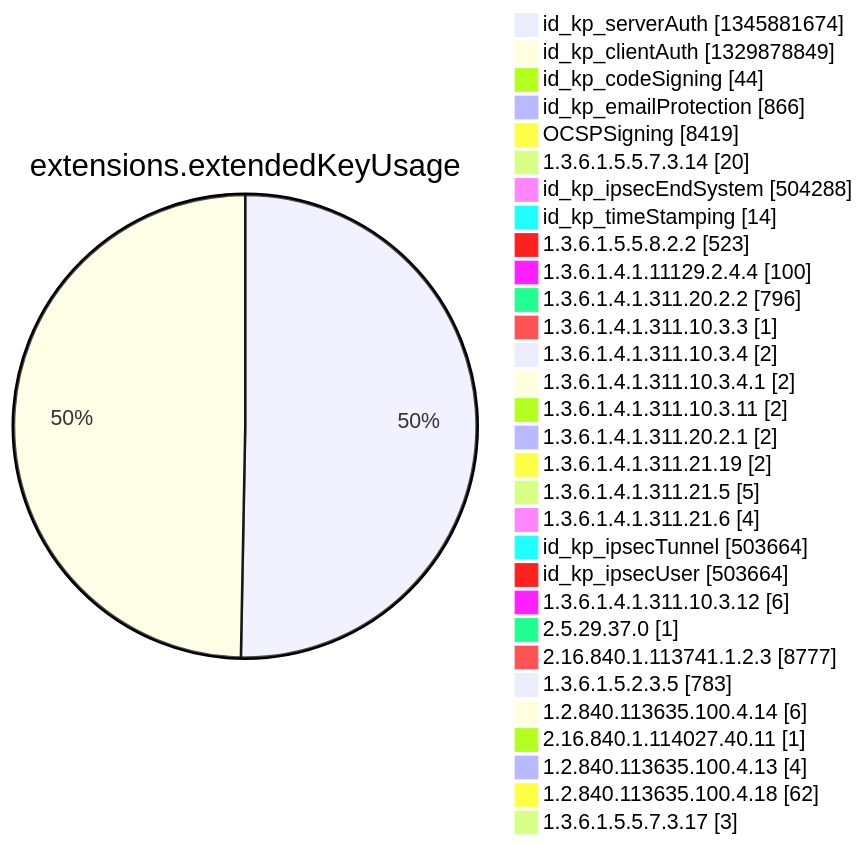
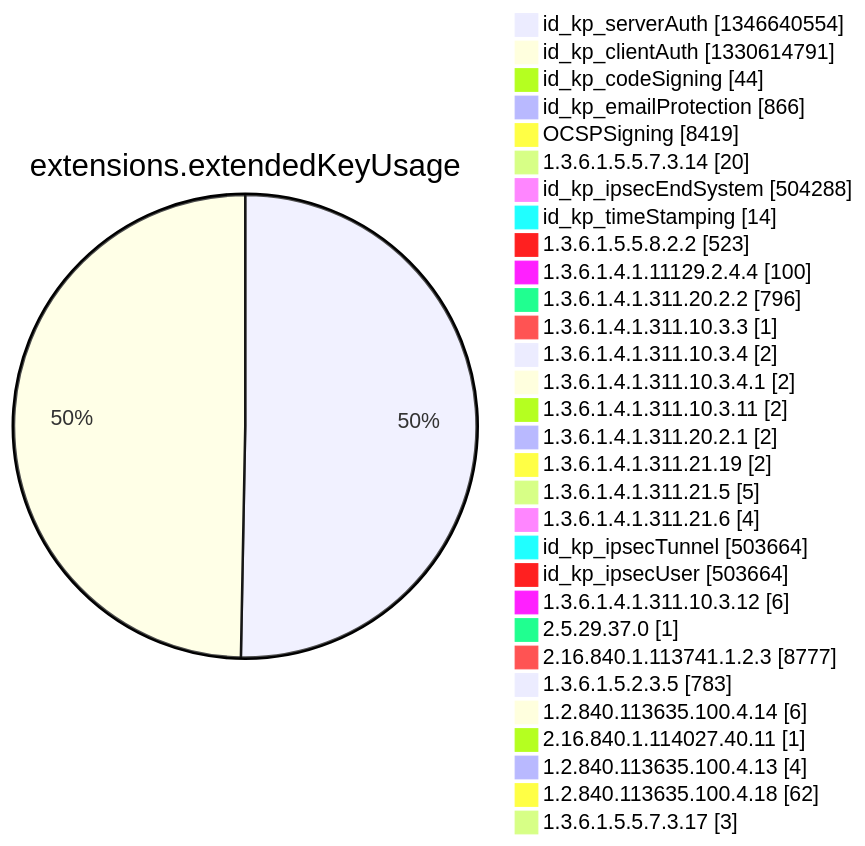
Diagram 12 of 15 in argon2022/README.md (christiankrug/ctmonitor_visualization), drawn with Mermaid before and after one commit. The commit also changed other lines of this file, not shown here.

````diff
--- a/argon2022/README.md
+++ b/argon2022/README.md
@@ -3553,34 +3553,34 @@
 ```mermaid
 pie showData
 title extensions.extendedKeyUsage
-"id_kp_serverAuth" :1345881674
-"id_kp_clientAuth" :1329878849
+"id_kp_serverAuth" :1346640554
+"id_kp_clientAuth" :1330614791
 "id_kp_codeSigning" :44
 "id_kp_emailProtection" :866
 "OCSPSigning" :8419
 "1.3.6.1.5.5.7.3.14" :20
 "id_kp_ipsecEndSystem" :504288
 "id_kp_timeStamping" :14
 "1.3.6.1.5.5.8.2.2" :523
 "1.3.6.1.4.1.11129.2.4.4" :100
 "1.3.6.1.4.1.311.20.2.2" :796
 "1.3.6.1.4.1.311.10.3.3" :1
 "1.3.6.1.4.1.311.10.3.4" :2
 "1.3.6.1.4.1.311.10.3.4.1" :2
 "1.3.6.1.4.1.311.10.3.11" :2
 "1.3.6.1.4.1.311.20.2.1" :2
 "1.3.6.1.4.1.311.21.19" :2
 "1.3.6.1.4.1.311.21.5" :5
 "1.3.6.1.4.1.311.21.6" :4
 "id_kp_ipsecTunnel" :503664
 "id_kp_ipsecUser" :503664
 "1.3.6.1.4.1.311.10.3.12" :6
 "2.5.29.37.0" :1
 "2.16.840.1.113741.1.2.3" :8777
 "1.3.6.1.5.2.3.5" :783
 "1.2.840.113635.100.4.14" :6
 "2.16.840.1.114027.40.11" :1
 "1.2.840.113635.100.4.13" :4
 "1.2.840.113635.100.4.18" :62
 "1.3.6.1.5.5.7.3.17" :3
 ```
````
